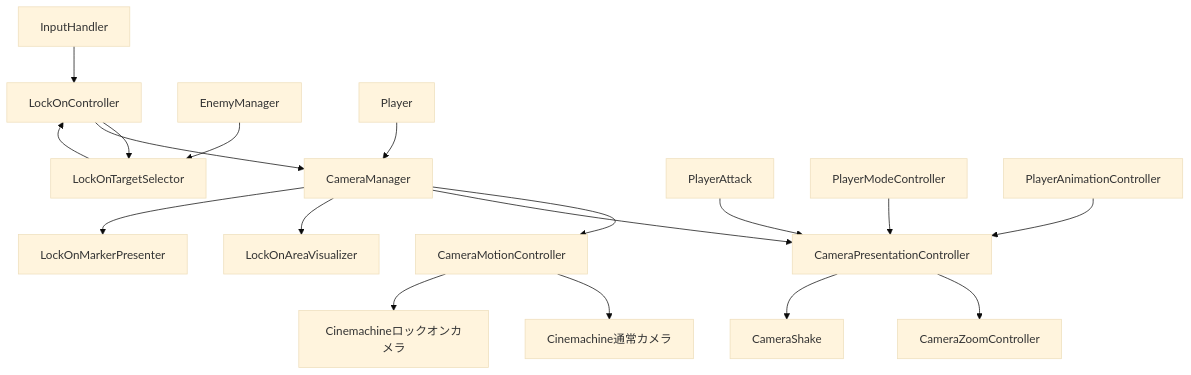
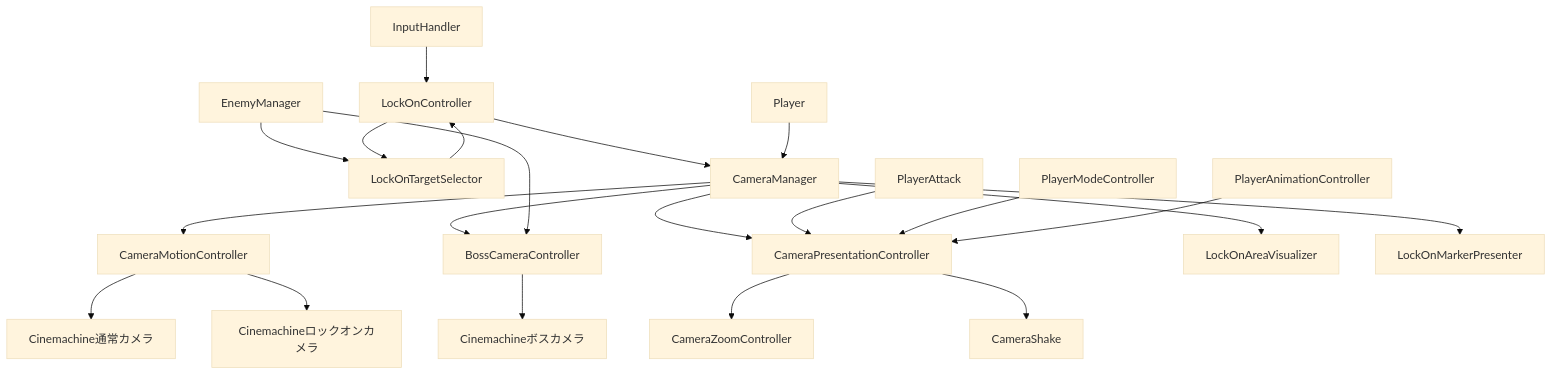
The diagram in Assets/Scripts/Camera/CameraSystemDoc.md (NaritaShosei/ProjectGO), drawn with Mermaid (base theme) before and after one commit. The commit also changed other lines of this file and 8 other files, not shown here.

````diff
--- a/Assets/Scripts/Camera/CameraSystemDoc.md
+++ b/Assets/Scripts/Camera/CameraSystemDoc.md
@@ -144,20 +160,23 @@
 ```mermaid
 flowchart TD
     Input[InputHandler] --> Controller[LockOnController]
     Enemy[EnemyManager] --> Selector[LockOnTargetSelector]
     Controller --> Selector
     Selector --> Controller
     Controller --> Manager[CameraManager]
     Player[Player] --> Manager
     Manager --> Motion[CameraMotionController]
     Motion --> Normal[Cinemachine通常カメラ]
     Motion --> Lock[Cinemachineロックオンカメラ]
+    Manager --> Boss[BossCameraController]
+    Enemy --> Boss
+    Boss --> BossCam[Cinemachineボスカメラ]
     Manager --> Presentation[CameraPresentationController]
     PlayerAttack[PlayerAttack] --> Presentation
     ModeController[PlayerModeController] --> Presentation
     AnimController[PlayerAnimationController] --> Presentation
     Presentation --> Zoom[CameraZoomController]
     Presentation --> Shake[CameraShake]
     Manager --> Area[LockOnAreaVisualizer]
     Manager --> Marker[LockOnMarkerPresenter]
 ```
````
